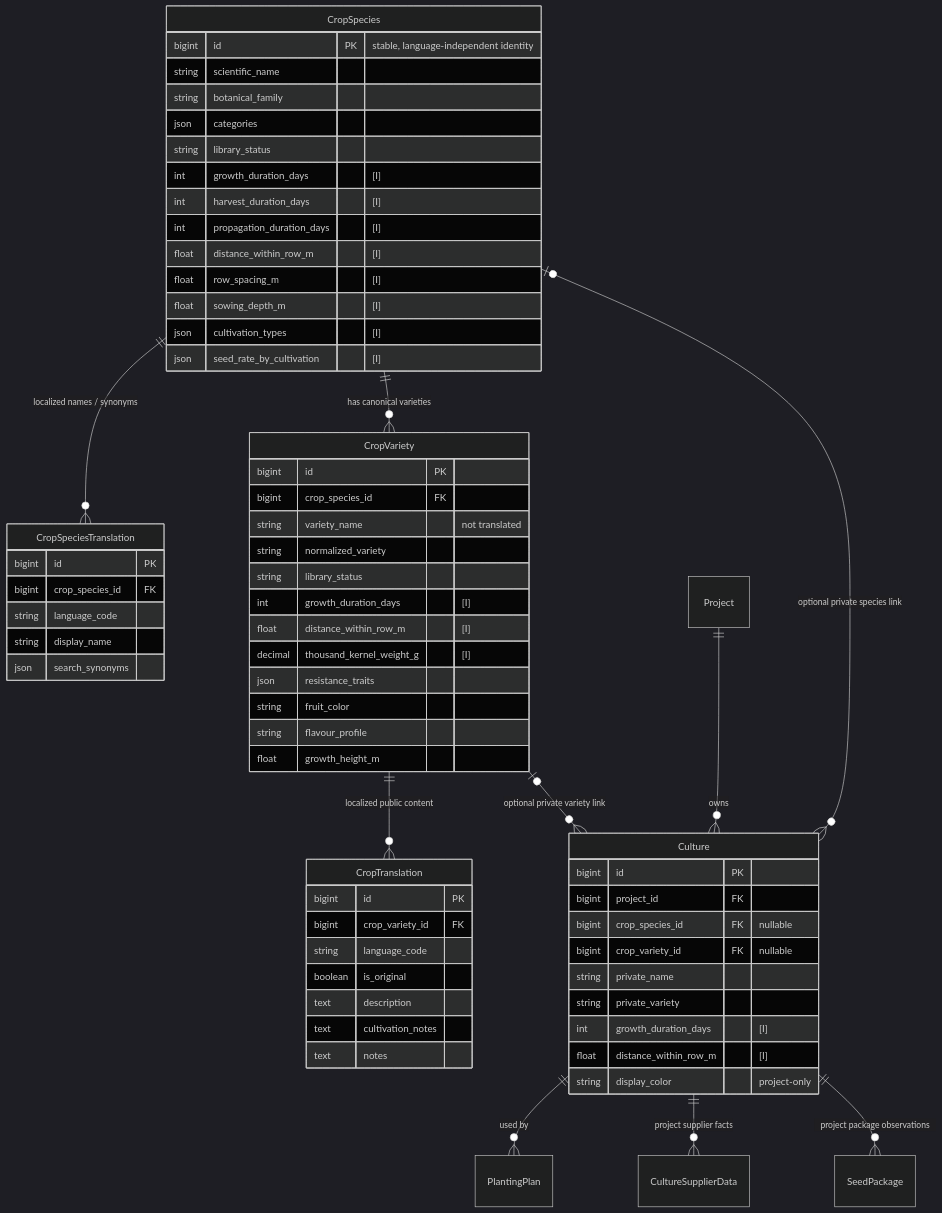
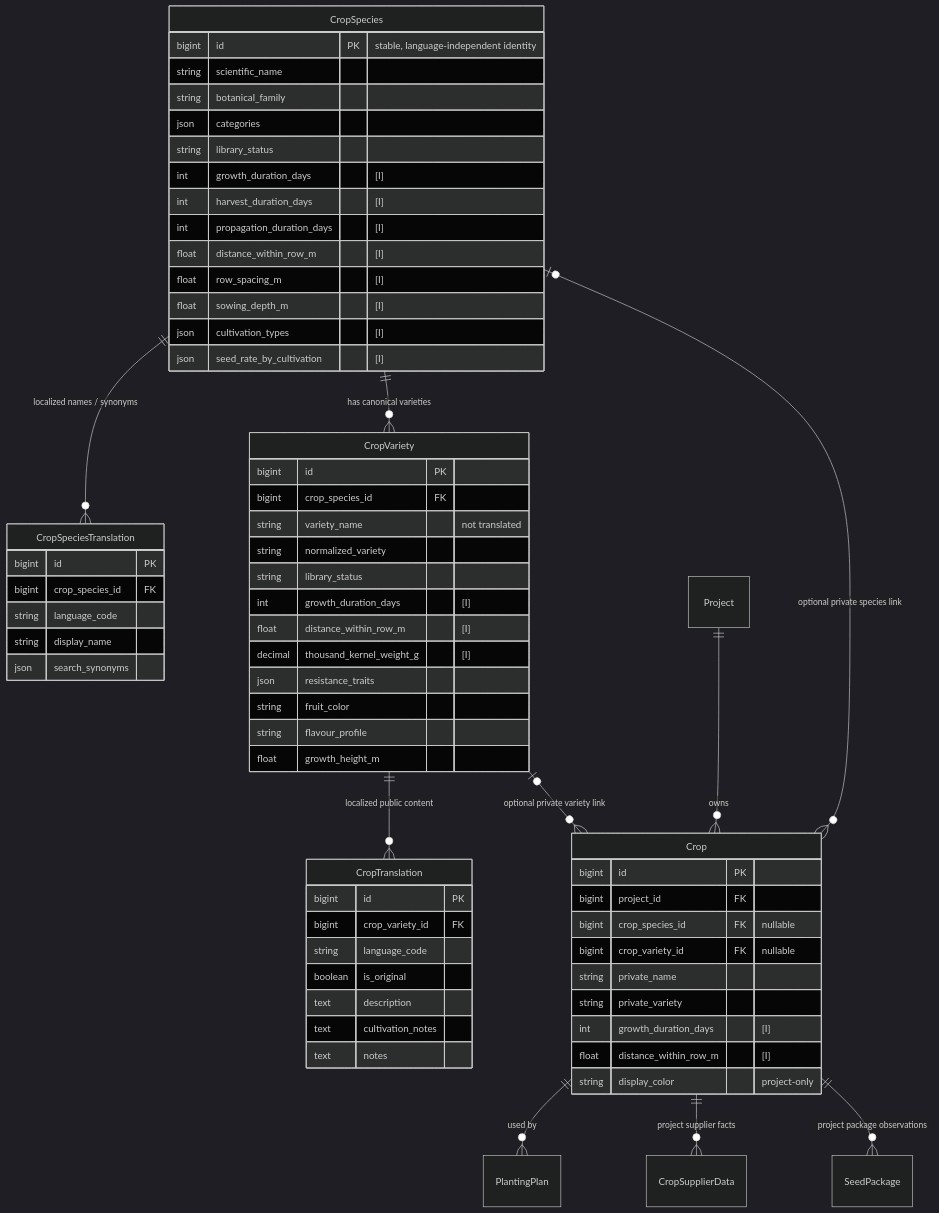
Before and after one commit to OpenFarmPlanner/OpenFarmPlanner: the diagram in docs/public-crop-library-data-model.md, drawn with Mermaid (dark theme). The commit also changed other lines of this file and 170 other files, not shown here.

First line of the commit message:
refactor: rename backend domain concept Culture to Crop

````diff
--- a/docs/public-crop-library-data-model.md
+++ b/docs/public-crop-library-data-model.md
@@ -214,69 +214,69 @@
 ```mermaid
 erDiagram
     CropSpecies ||--o{ CropSpeciesTranslation : "localized names / synonyms"
     CropSpecies ||--o{ CropVariety : "has canonical varieties"
     CropVariety ||--o{ CropTranslation : "localized public content"
-    CropSpecies o|--o{ Culture : "optional private species link"
-    CropVariety o|--o{ Culture : "optional private variety link"
-    Project ||--o{ Culture : "owns"
-    Culture ||--o{ PlantingPlan : "used by"
-    Culture ||--o{ CultureSupplierData : "project supplier facts"
-    Culture ||--o{ SeedPackage : "project package observations"
+    CropSpecies o|--o{ Crop : "optional private species link"
+    CropVariety o|--o{ Crop : "optional private variety link"
+    Project ||--o{ Crop : "owns"
+    Crop ||--o{ PlantingPlan : "used by"
+    Crop ||--o{ CropSupplierData : "project supplier facts"
+    Crop ||--o{ SeedPackage : "project package observations"
 
     CropSpecies {
         bigint id PK "stable, language-independent identity"
         string scientific_name
         string botanical_family
         json categories
         string library_status
         int growth_duration_days "[I]"
         int harvest_duration_days "[I]"
         int propagation_duration_days "[I]"
         float distance_within_row_m "[I]"
         float row_spacing_m "[I]"
         float sowing_depth_m "[I]"
         json cultivation_types "[I]"
         json seed_rate_by_cultivation "[I]"
     }
     CropSpeciesTranslation {
         bigint id PK
         bigint crop_species_id FK
         string language_code
         string display_name
         json search_synonyms
     }
     CropVariety {
         bigint id PK
         bigint crop_species_id FK
         string variety_name "not translated"
         string normalized_variety
         string library_status
         int growth_duration_days "[I]"
         float distance_within_row_m "[I]"
         decimal thousand_kernel_weight_g "[I]"
         json resistance_traits
         string fruit_color
         string flavour_profile
         float growth_height_m
     }
     CropTranslation {
         bigint id PK
         bigint crop_variety_id FK
         string language_code
         boolean is_original
         text description
         text cultivation_notes
         text notes
     }
-    Culture {
+    Crop {
         bigint id PK
         bigint project_id FK
         bigint crop_species_id FK "nullable"
         bigint crop_variety_id FK "nullable"
         string private_name
         string private_variety
         int growth_duration_days "[I]"
         float distance_within_row_m "[I]"
         string display_color "project-only"
     }
 ```
````
